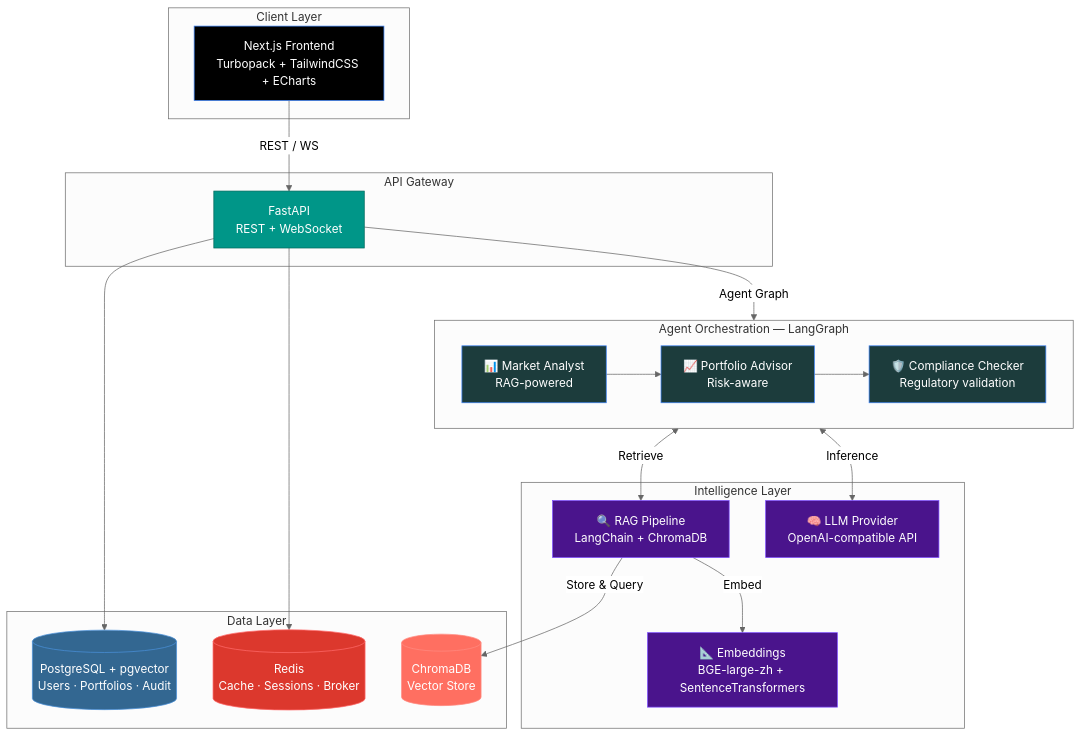
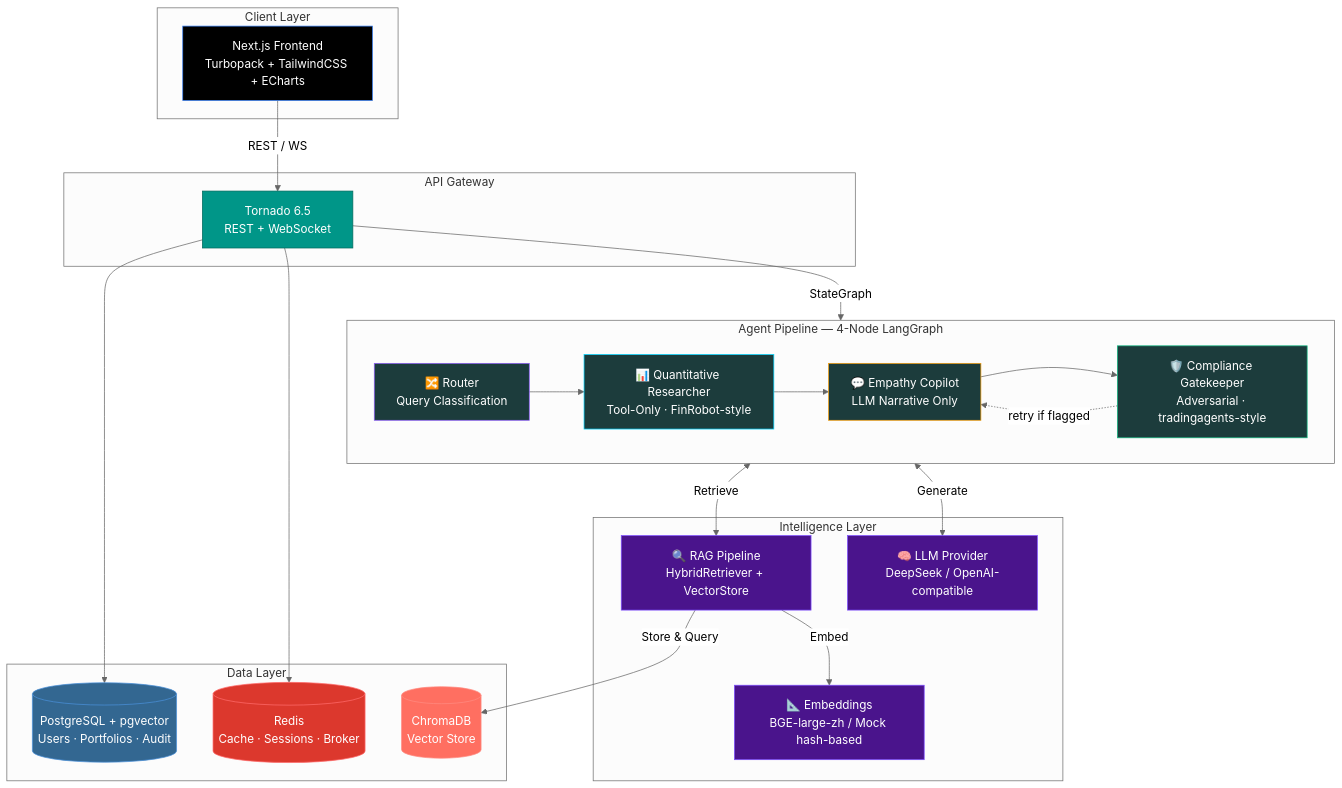
Before and after one commit to marylabeallisvito-byte/SmartCycle: the diagram in README.md, drawn with Mermaid (neutral theme). The commit also changed other lines of this file and 56 other files, not shown here.

First line of the commit message:
Phase 8: MVP hardening — Mock DB 6→49 entries, RAG corpus 15→30 docs, security sanitization

````diff
--- a/README.md
+++ b/README.md
@@ -51,51 +51,54 @@
 ```mermaid
 graph TB
     subgraph "Client Layer"
         FW[Next.js Frontend<br/>Turbopack + TailwindCSS + ECharts]
     end
 
     subgraph "API Gateway"
-        GW[FastAPI<br/>REST + WebSocket]
+        GW[Tornado 6.5<br/>REST + WebSocket]
     end
 
-    subgraph "Agent Orchestration — LangGraph"
+    subgraph "Agent Pipeline — 4-Node LangGraph"
         direction LR
-        MA[📊 Market Analyst<br/>RAG-powered]
-        PA[📈 Portfolio Advisor<br/>Risk-aware]
-        CC[🛡️ Compliance Checker<br/>Regulatory validation]
-        MA --> PA --> CC
+        N1[🔀 Router<br/>Query Classification]
+        N2[📊 Quantitative Researcher<br/>Tool-Only · FinRobot-style]
+        N3[💬 Empathy Copilot<br/>LLM Narrative Only]
+        N4[🛡️ Compliance Gatekeeper<br/>Adversarial · tradingagents-style]
+        N1 --> N2 --> N3 --> N4
+        N4 -.->|retry if flagged| N3
     end
 
     subgraph "Intelligence Layer"
-        RAG[🔍 RAG Pipeline<br/>LangChain + ChromaDB]
-        LLM[🧠 LLM Provider<br/>OpenAI-compatible API]
-        EMB[📐 Embeddings<br/>BGE-large-zh + SentenceTransformers]
+        RAG[🔍 RAG Pipeline<br/>HybridRetriever + VectorStore]
+        LLM[🧠 LLM Provider<br/>DeepSeek / OpenAI-compatible]
+        EMB[📐 Embeddings<br/>BGE-large-zh / Mock hash-based]
     end
 
     subgraph "Data Layer"
         PG[(PostgreSQL + pgvector<br/>Users · Portfolios · Audit)]
         CH[(ChromaDB<br/>Vector Store)]
         RD[(Redis<br/>Cache · Sessions · Broker)]
     end
 
     FW -->|REST / WS| GW
-    GW -->|Agent Graph| MA
-    MA <-->|Retrieve| RAG
-    MA <-->|Inference| LLM
+    GW -->|StateGraph| N1
+    N2 <-->|Retrieve| RAG
+    N3 <-->|Generate| LLM
     RAG -->|Store & Query| CH
     RAG -->|Embed| EMB
     GW --> PG
     GW --> RD
 
     style FW fill:#000,stroke:#3b82f6,color:#fff
     style GW fill:#009688,stroke:#00695c,color:#fff
-    style MA fill:#1c3c3c,stroke:#3b82f6,color:#fff
-    style PA fill:#1c3c3c,stroke:#3b82f6,color:#fff
-    style CC fill:#1c3c3c,stroke:#3b82f6,color:#fff
+    style N1 fill:#1c3c3c,stroke:#8b5cf6,color:#fff
+    style N2 fill:#1c3c3c,stroke:#00d4ff,color:#fff
+    style N3 fill:#1c3c3c,stroke:#f59e0b,color:#fff
+    style N4 fill:#1c3c3c,stroke:#10b981,color:#fff
     style RAG fill:#4a148c,stroke:#7c4dff,color:#fff
     style LLM fill:#4a148c,stroke:#7c4dff,color:#fff
     style EMB fill:#4a148c,stroke:#7c4dff,color:#fff
     style PG fill:#336791,stroke:#4a90d9,color:#fff
     style CH fill:#FF6F61,stroke:#ff8a80,color:#fff
     style RD fill:#dc382d,stroke:#ff6b6b,color:#fff
 ```
````
